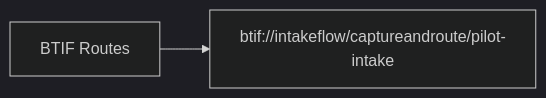
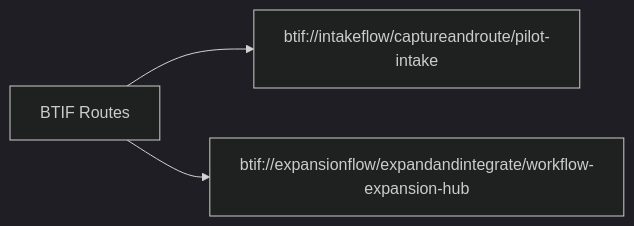
The diagram in workflow/visualizations/btif-routing-map.mmd (martymcmillan22/gr_project), drawn with Mermaid (dark theme) before and after one commit. The commit also changed 27 other files, not shown here.

```diff
--- a/workflow/visualizations/btif-routing-map.mmd
+++ b/workflow/visualizations/btif-routing-map.mmd
@@ -1,3 +1,4 @@
 graph LR
     ROOT[BTIF Routes]
     ROOT --> ROUTE_pilot_intake[btif://intakeflow/captureandroute/pilot-intake]
+    ROOT --> ROUTE_workflow_expansion_hub[btif://expansionflow/expandandintegrate/workflow-expansion-hub]
```
